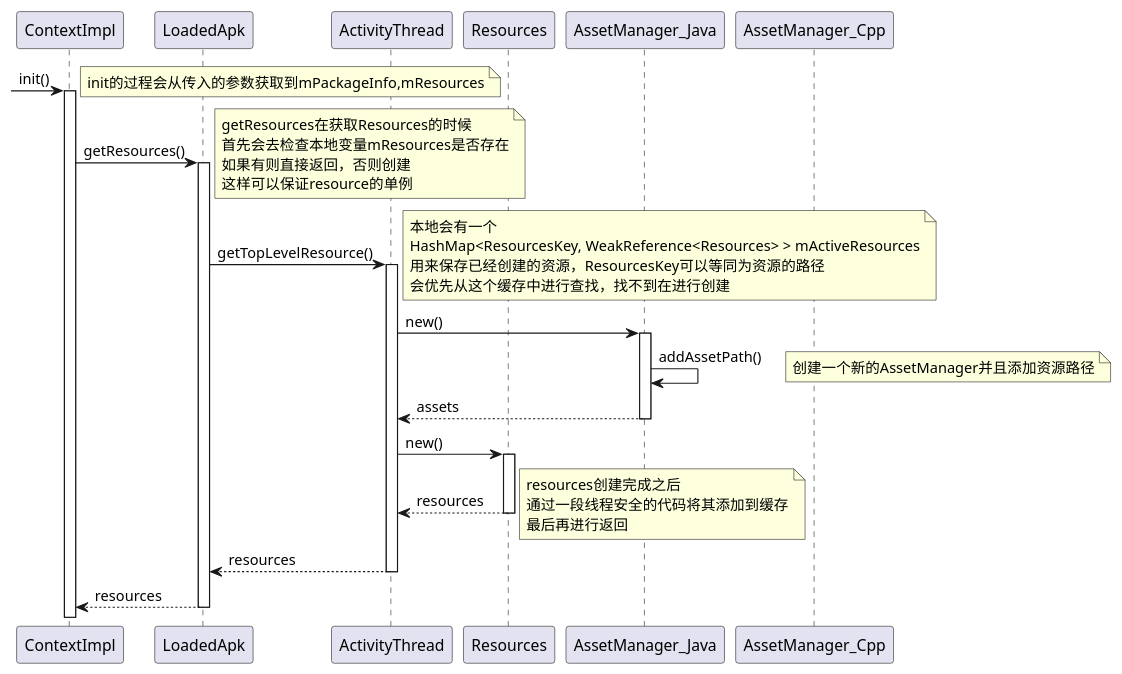
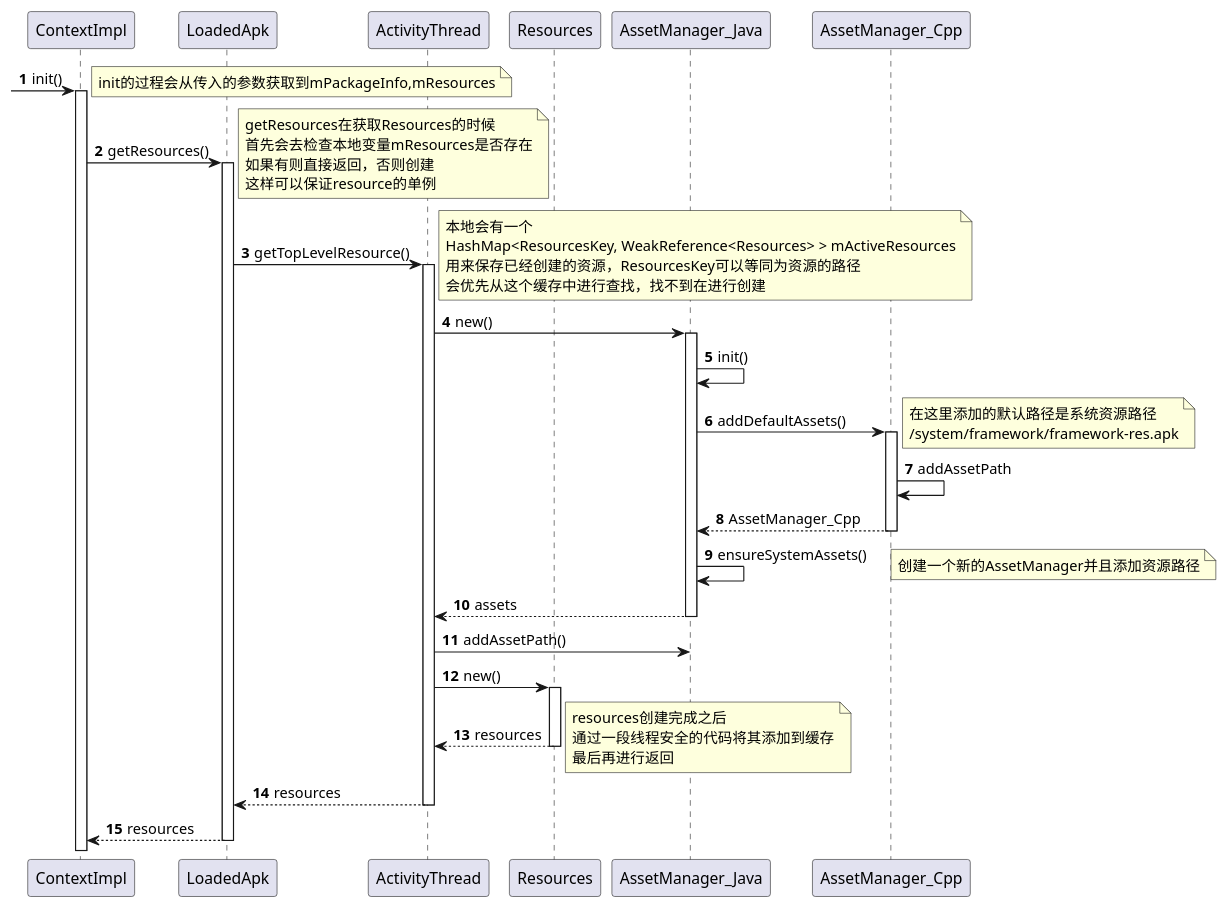
One commit to zhijianz/DevelopNotes changed the diagram in DLProjects/Android Resource System/AssetManagerCreateProcess.pu. Above: the diagram before and after it, drawn with PlantUML. The commit also changed 1 other file, not shown here.

```diff
--- a/DLProjects/Android Resource System/AssetManagerCreateProcess.pu
+++ b/DLProjects/Android Resource System/AssetManagerCreateProcess.pu
@@ -1,57 +1,73 @@
 @startuml
+autonumber
+
 participant ContextImpl
 participant LoadedApk
 participant ActivityThread
 participant Resources
 participant AssetManager_Java
 participant AssetManager_Cpp
 
 [-> ContextImpl : init()
 activate ContextImpl
 note left
 init的过程会从传入的参数获取到mPackageInfo,mResources
 end note
 
 ContextImpl -> LoadedApk : getResources()
 activate LoadedApk
 note right
 getResources在获取Resources的时候
 首先会去检查本地变量mResources是否存在
 如果有则直接返回，否则创建
 这样可以保证resource的单例
 end note
 
 LoadedApk -> ActivityThread : getTopLevelResource()
 activate ActivityThread
 note right
 本地会有一个
 HashMap<ResourcesKey, WeakReference<Resources> > mActiveResources
 用来保存已经创建的资源，ResourcesKey可以等同为资源的路径
 会优先从这个缓存中进行查找，找不到在进行创建
 end note
 
 ActivityThread -> AssetManager_Java : new()
 activate AssetManager_Java
-AssetManager_Java -> AssetManager_Java : addAssetPath()
+AssetManager_Java -> AssetManager_Java : init()
+
+AssetManager_Java -> AssetManager_Cpp : addDefaultAssets()
+note right
+在这里添加的默认路径是系统资源路径
+/system/framework/framework-res.apk
+end note
+activate AssetManager_Cpp
+AssetManager_Cpp -> AssetManager_Cpp : addAssetPath
+AssetManager_Cpp --> AssetManager_Java : AssetManager_Cpp
+deactivate AssetManager_Cpp
+
+AssetManager_Java -> AssetManager_Java : ensureSystemAssets()
 note right
 创建一个新的AssetManager并且添加资源路径
 end note
 AssetManager_Java --> ActivityThread : assets
 deactivate AssetManager_Java
+
+ActivityThread -> AssetManager_Java : addAssetPath()
 
 ActivityThread -> Resources : new()
 activate Resources
 Resources --> ActivityThread : resources
 deactivate Resources
 note right
 resources创建完成之后
 通过一段线程安全的代码将其添加到缓存
 最后再进行返回
 end note
 
 ActivityThread --> LoadedApk : resources
 deactivate ActivityThread
 
 LoadedApk --> ContextImpl : resources
 deactivate LoadedApk
 @enduml
```
